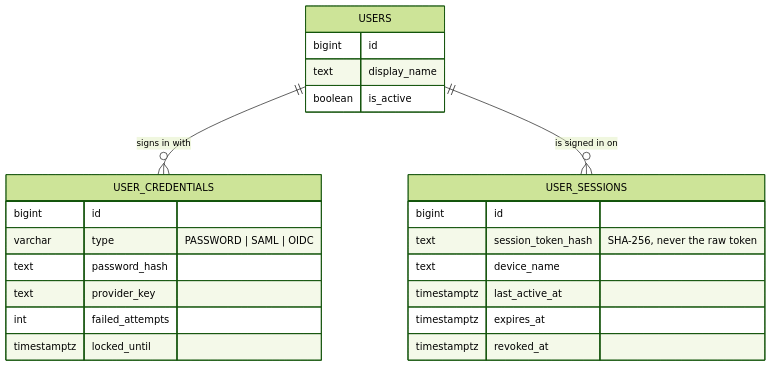
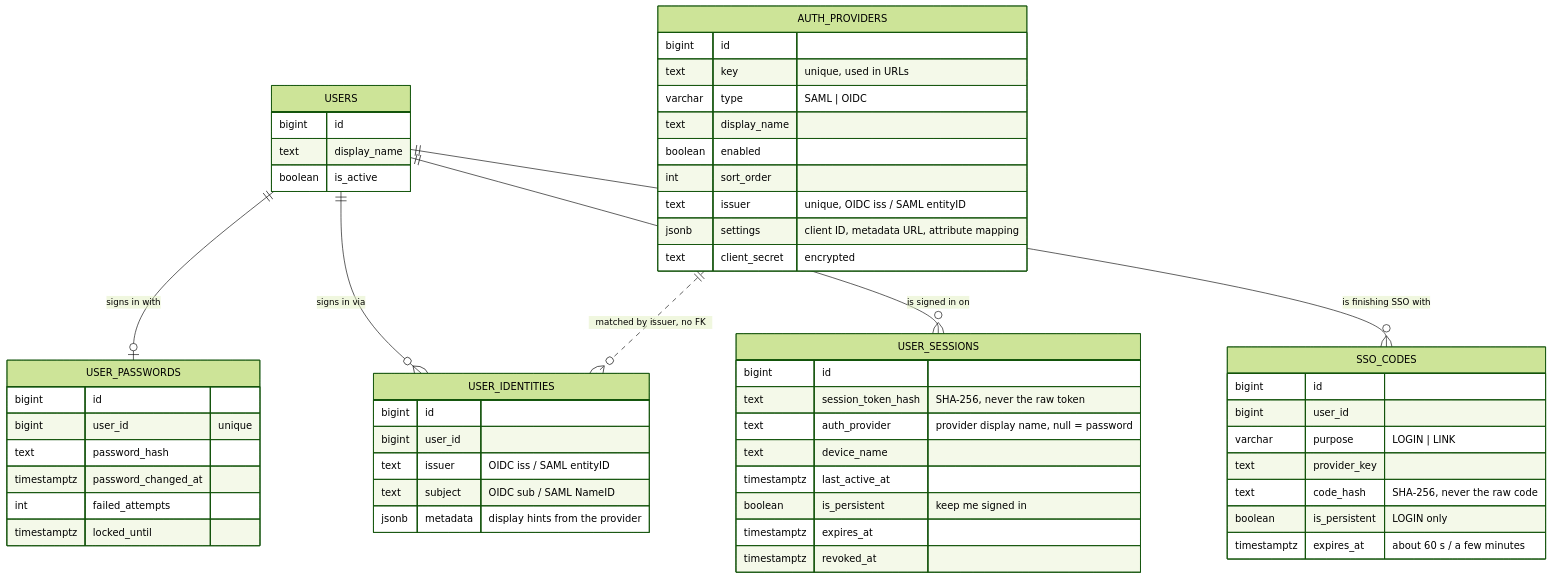
One commit to openshelves-labs/openshelves changed the first of 7 diagrams in docs/api-design/01-auth-sessions.md. Above: the diagram before and after it, drawn with Mermaid (forest theme). The commit also changed other lines of this file and 19 other files, not shown here.

Commit message:
feat: implement user password management and device session handling

````diff
--- a/docs/api-design/01-auth-sessions.md
+++ b/docs/api-design/01-auth-sessions.md
@@ -29,27 +32,59 @@
 ```mermaid
 erDiagram
-    USERS ||--o{ USER_CREDENTIALS : "signs in with"
+    USERS ||--o| USER_PASSWORDS : "signs in with"
+    USERS ||--o{ USER_IDENTITIES : "signs in via"
     USERS ||--o{ USER_SESSIONS : "is signed in on"
+    USERS ||--o{ SSO_CODES : "is finishing SSO with"
+    AUTH_PROVIDERS ||..o{ USER_IDENTITIES : "matched by issuer, no FK"
 
     USERS {
         bigint id
         text display_name
         boolean is_active
     }
-    USER_CREDENTIALS {
+    USER_PASSWORDS {
         bigint id
-        varchar type "PASSWORD | SAML | OIDC"
+        bigint user_id "unique"
         text password_hash
-        text provider_key
+        timestamptz password_changed_at
         int failed_attempts
         timestamptz locked_until
+    }
+    AUTH_PROVIDERS {
+        bigint id
+        text key "unique, used in URLs"
+        varchar type "SAML | OIDC"
+        text display_name
+        boolean enabled
+        int sort_order
+        text issuer "unique, OIDC iss / SAML entityID"
+        jsonb settings "client ID, metadata URL, attribute mapping"
+        text client_secret "encrypted"
+    }
+    USER_IDENTITIES {
+        bigint id
+        bigint user_id
+        text issuer "OIDC iss / SAML entityID"
+        text subject "OIDC sub / SAML NameID"
+        jsonb metadata "display hints from the provider"
+    }
+    SSO_CODES {
+        bigint id
+        bigint user_id
+        varchar purpose "LOGIN | LINK"
+        text provider_key
+        text code_hash "SHA-256, never the raw code"
+        boolean is_persistent "LOGIN only"
+        timestamptz expires_at "about 60 s / a few minutes"
     }
     USER_SESSIONS {
         bigint id
         text session_token_hash "SHA-256, never the raw token"
+        text auth_provider "provider display name, null = password"
         text device_name
         timestamptz last_active_at
+        boolean is_persistent "keep me signed in"
         timestamptz expires_at
         timestamptz revoked_at
     }
 ```
````
